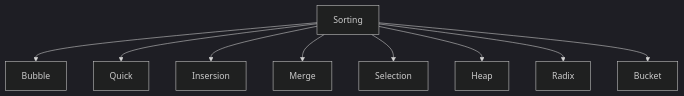
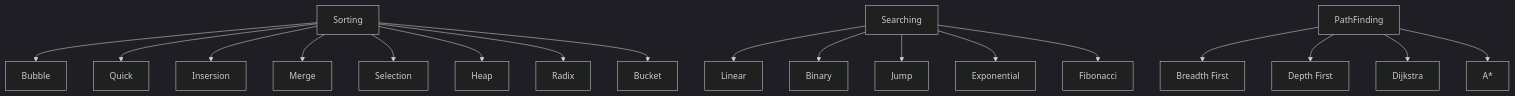
One commit to hwcrane/EPQ changed the diagram in Documentation/report.md. Above: the diagram before and after it, drawn with Mermaid (dark theme). The commit also changed other lines of this file and 6 other files, not shown here.

````diff
--- a/Documentation/report.md
+++ b/Documentation/report.md
@@ -5,11 +5,22 @@
 ```mermaid
 graph TD;
 Sorting --> Bubble;
 Sorting --> Quick;
 Sorting --> Insersion;
 Sorting --> Merge;
 Sorting --> Selection;
 Sorting --> Heap;
 Sorting --> Radix;
 Sorting --> Bucket;
+
+Searching --> Linear;
+Searching --> Binary;
+Searching --> Jump;
+Searching --> Exponential;
+Searching --> Fibonacci
+
+PathFinding --> bf[Breadth First];
+PathFinding --> df[Depth First];
+PathFinding --> Dijkstra;
+PathFinding --> A*;
 ```
````
